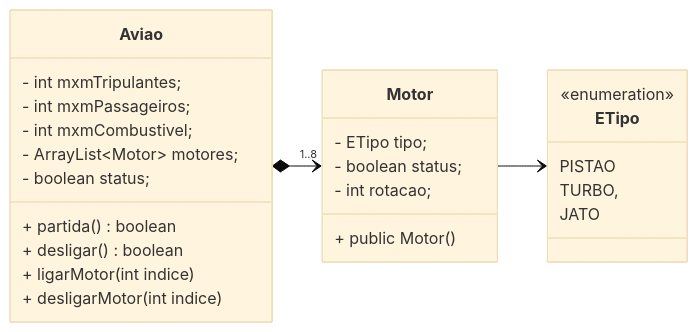
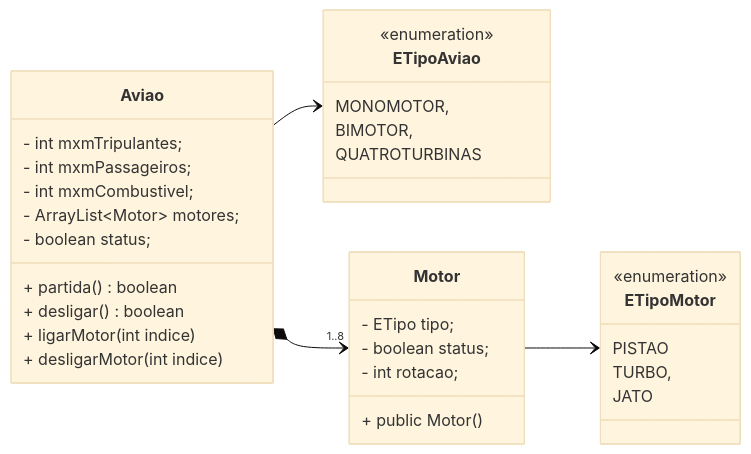
The diagram in aulas/2026-09-29-aula/README.md (thesimas/ads-poo-2026), drawn with Mermaid (base theme) before and after one commit. The commit also changed 6 other files, not shown here.

````diff
--- a/aulas/2026-09-29-aula/README.md
+++ b/aulas/2026-09-29-aula/README.md
@@ -7,32 +7,41 @@
 ```mermaid
 classDiagram 
     direction LR
     class Aviao {
         - int mxmTripulantes;
         - int mxmPassageiros;
         - int mxmCombustivel;
         - ArrayList~Motor~ motores;
         - boolean status;
         + partida() boolean
         + desligar() boolean
         + ligarMotor(int indice)
         + desligarMotor(int indice)
     }
     
+    class ETipoAviao {
+        <<enumeration>>
+        MONOMOTOR,
+        BIMOTOR,
+        QUATROTURBINAS
+    }
+    
     class Motor {
         - ETipo tipo;
         - boolean status;
         - int rotacao; 
         + public Motor()
     }
     
-    class ETipo {
+    class ETipoMotor {
         <<enumeration>>
         PISTAO 
         TURBO,
         JATO
     }
+    
+    Aviao --> ETipoAviao
     Aviao *-->"1..8" Motor
-    Motor --> ETipo
+    Motor --> ETipoMotor
     
 ```
````
